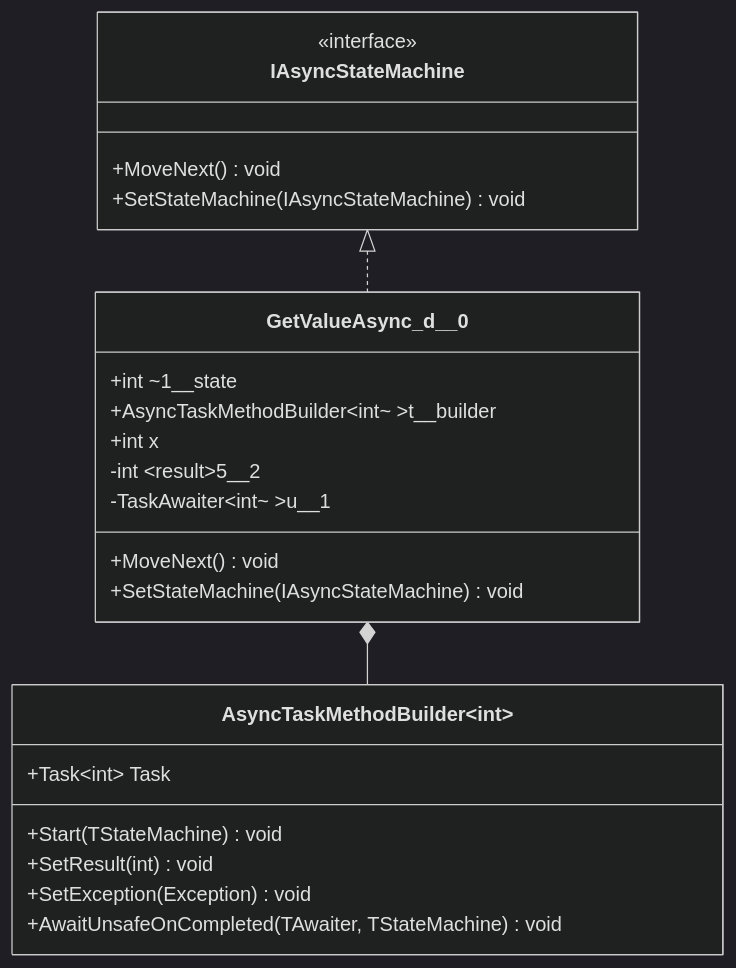
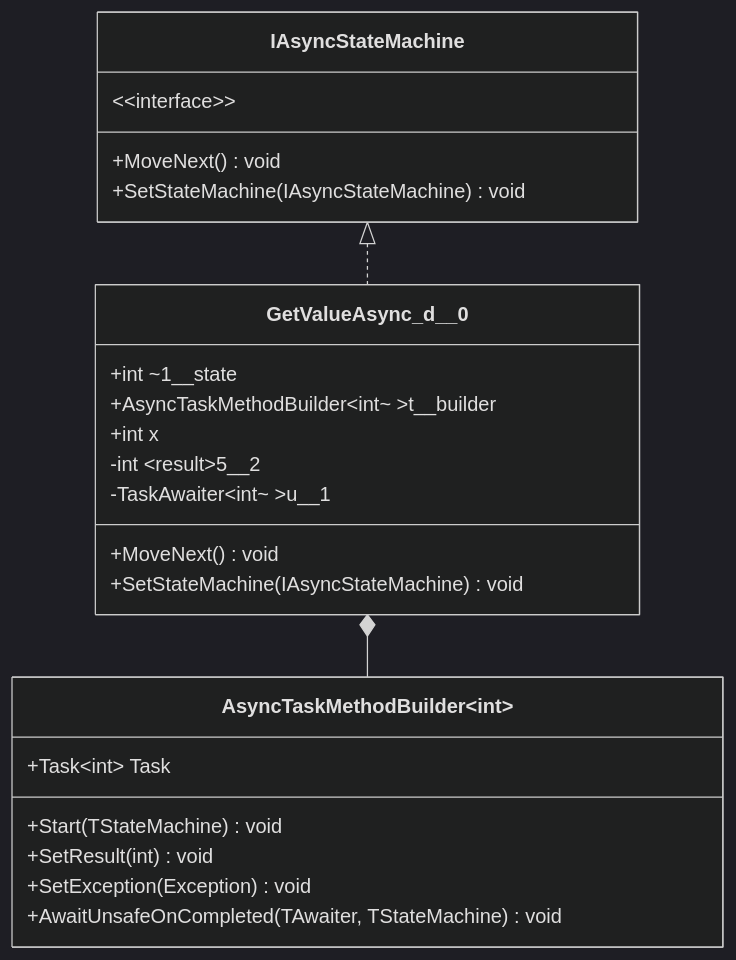
The second of 10 diagrams in src/后端开发/CSharp/CLR深度/07_异步编程原理/01_async_await状态机原理.md (moklgydocs/moklgydocs.github.io), drawn with Mermaid (dark theme) before and after one commit. The commit also changed other lines of this file and 32 other files, not shown here.

````diff
--- a/src/后端开发/CSharp/CLR深度/07_异步编程原理/01_async_await状态机原理.md
+++ b/src/后端开发/CSharp/CLR深度/07_异步编程原理/01_async_await状态机原理.md
@@ -141,29 +141,29 @@
 ```mermaid
 classDiagram
     class IAsyncStateMachine {
-        <<interface>>
+        <~interface~>
         +MoveNext() void
         +SetStateMachine(IAsyncStateMachine) void
     }
 
     class GetValueAsync_d__0 {
         +int ~1__state
         +AsyncTaskMethodBuilder~int~ ~t__builder
         +int x
         -int ~result~5__2
         -TaskAwaiter~int~ ~u__1
         +MoveNext() void
         +SetStateMachine(IAsyncStateMachine) void
     }
 
     class AsyncTaskMethodBuilder~int~ {
         +Task~int~ Task
         +Start(TStateMachine) void
         +SetResult(int) void
         +SetException(Exception) void
         +AwaitUnsafeOnCompleted(TAwaiter, TStateMachine) void
     }
 
     IAsyncStateMachine <|.. GetValueAsync_d__0
     GetValueAsync_d__0 *-- AsyncTaskMethodBuilder~int~
 ```
````
